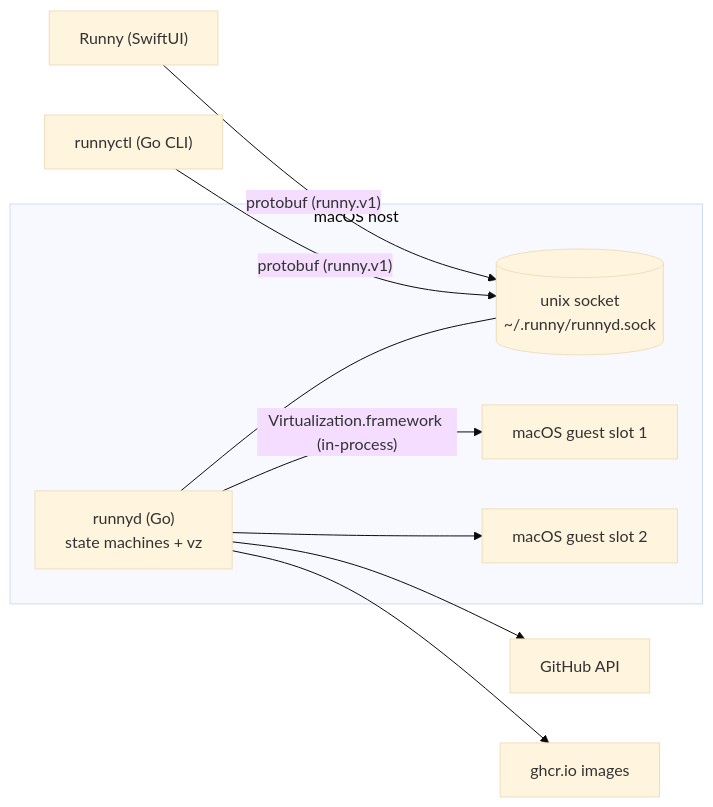
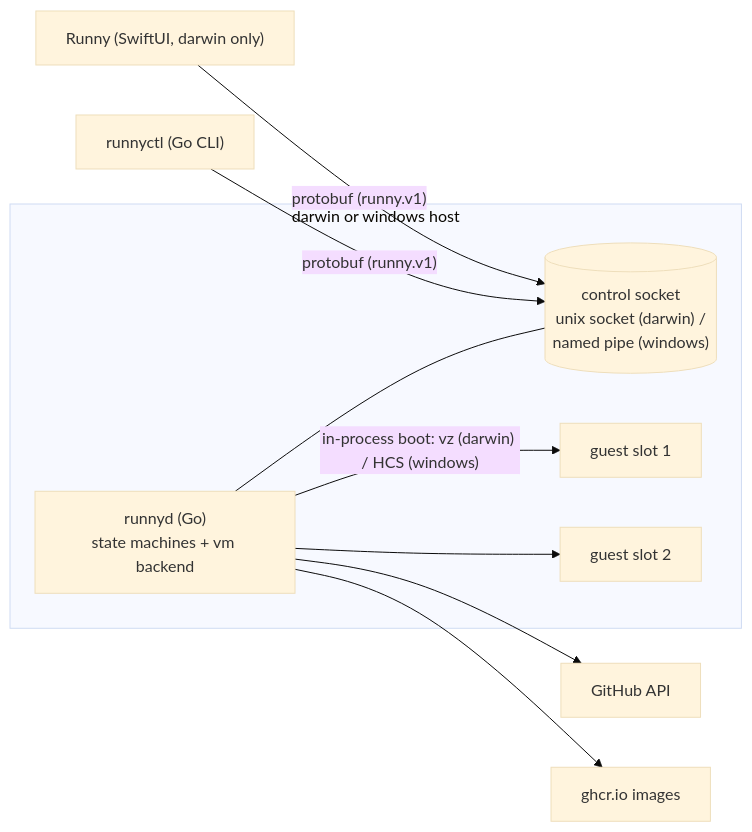
One commit to bojanrajkovic/runny changed the first of 2 diagrams in docs/architecture/runnyd.md. Above: the diagram before and after it, drawn with Mermaid (base theme). The commit also changed other lines of this file and 3 other files, not shown here.

````diff
--- a/docs/architecture/runnyd.md
+++ b/docs/architecture/runnyd.md
@@ -18,16 +19,16 @@
 ```mermaid
 flowchart LR
-    subgraph host["macOS host"]
-        runnyd["runnyd (Go)<br/>state machines + vz"]
-        sock[("unix socket<br/>~/.runny/runnyd.sock")]
-        vm1["macOS guest slot 1"]
-        vm2["macOS guest slot 2"]
-        runnyd -- "Virtualization.framework (in-process)" --> vm1
+    subgraph host["darwin or windows host"]
+        runnyd["runnyd (Go)<br/>state machines + vm backend"]
+        sock[("control socket<br/>unix socket (darwin) /<br/>named pipe (windows)")]
+        vm1["guest slot 1"]
+        vm2["guest slot 2"]
+        runnyd -- "in-process boot: vz (darwin) / HCS (windows)" --> vm1
         runnyd --> vm2
         runnyd --- sock
     end
     ctl["runnyctl (Go CLI)"] -- "protobuf (runny.v1)" --> sock
-    app["Runny (SwiftUI)"] -- "protobuf (runny.v1)" --> sock
+    app["Runny (SwiftUI, darwin only)"] -- "protobuf (runny.v1)" --> sock
     runnyd --> gh["GitHub API"]
     runnyd --> ghcr["ghcr.io images"]
 ```
````
